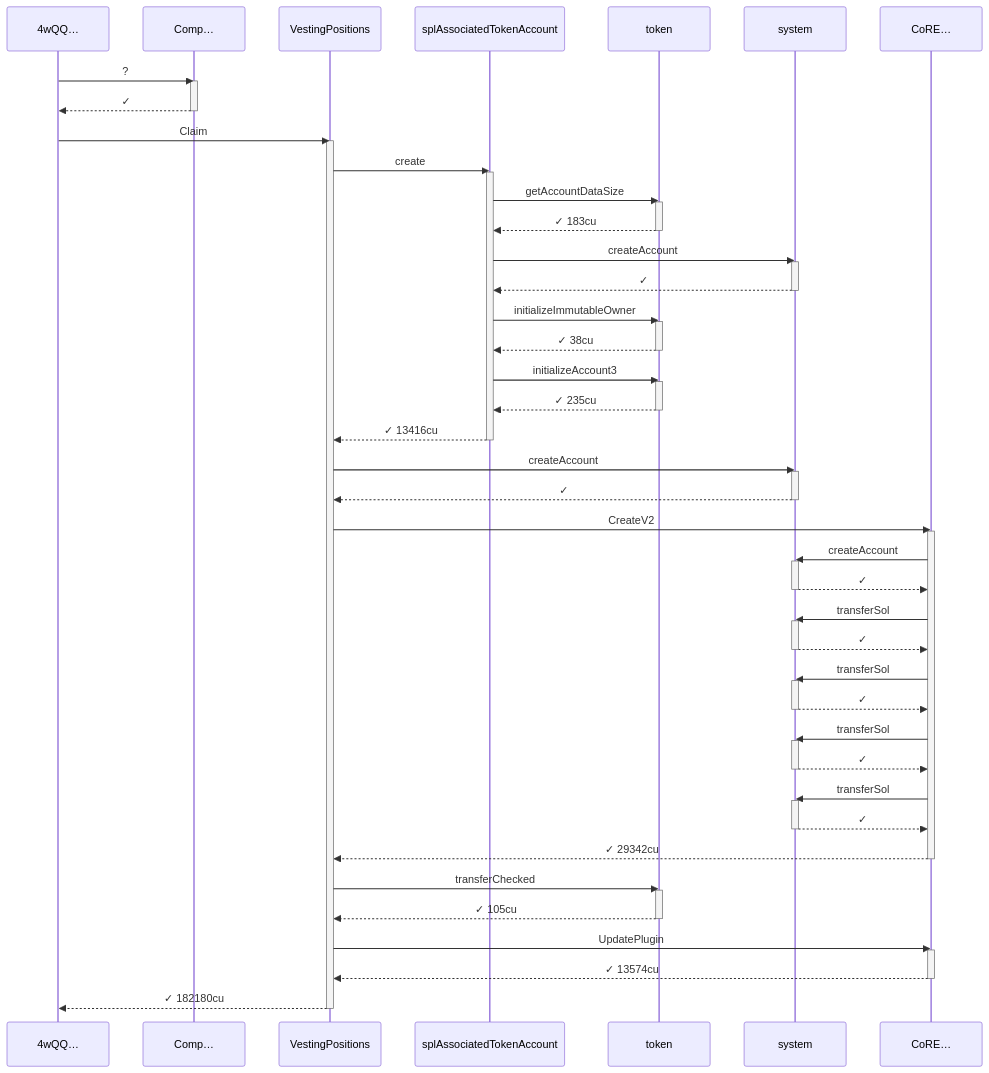
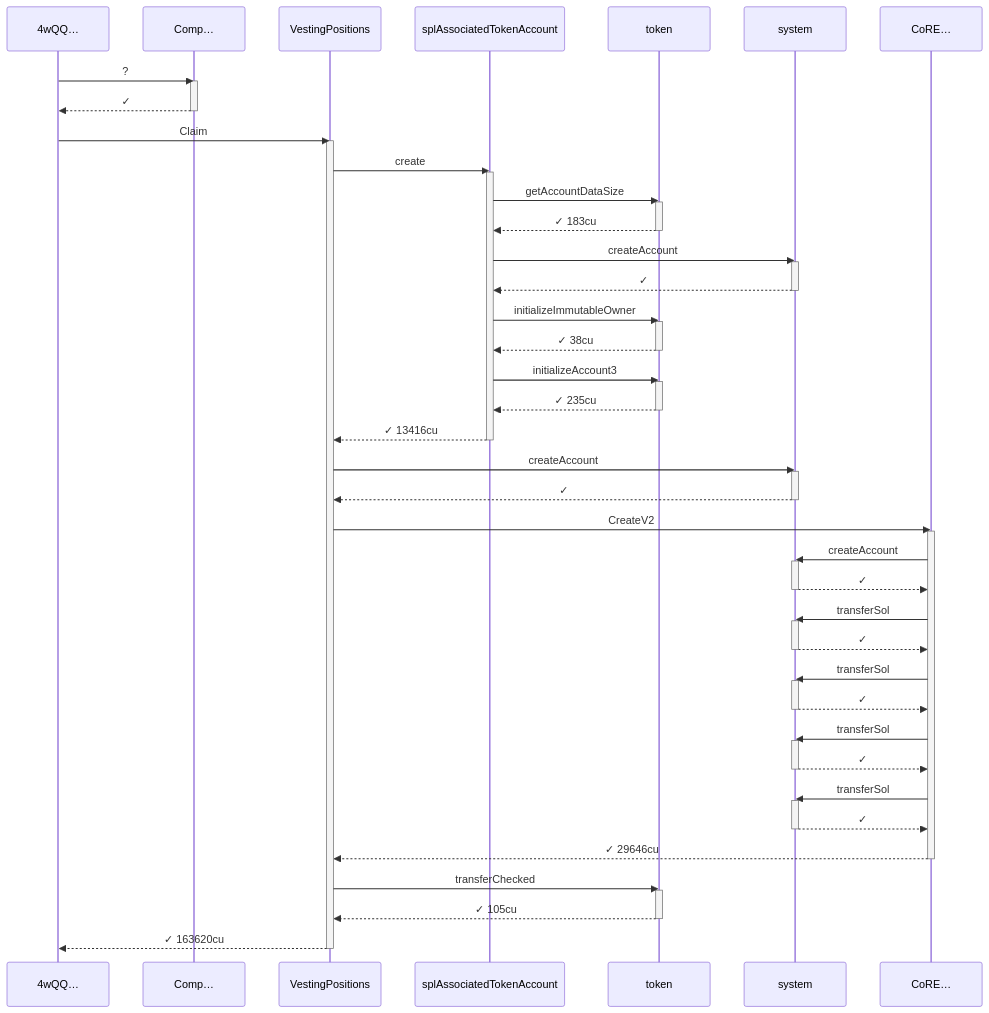
The first of 3 diagrams in babelfish-tests/test-report/mid_schedule_cliff_plus_linear.md (cds-turbin3/vesting-position), drawn with Mermaid before and after one commit. The commit also changed other lines of this file and 50 other files, not shown here.

````diff
--- a/babelfish-tests/test-report/mid_schedule_cliff_plus_linear.md
+++ b/babelfish-tests/test-report/mid_schedule_cliff_plus_linear.md
@@ -5,74 +5,70 @@
 ```mermaid
 sequenceDiagram
     participant p0 as 4wQQ…
     participant p1 as Comp…
     participant p2 as VestingPositions
     participant p3 as splAssociatedTokenAccount
     participant p4 as token
     participant p5 as system
     participant p6 as CoRE…
     p0->>p1: ?
     activate p1
     p1-->>p0: ✓
     deactivate p1
     p0->>p2: Claim
     activate p2
     p2->>p3: create
     activate p3
     p3->>p4: getAccountDataSize
     activate p4
     p4-->>p3: ✓ 183cu
     deactivate p4
     p3->>p5: createAccount
     activate p5
     p5-->>p3: ✓
     deactivate p5
     p3->>p4: initializeImmutableOwner
     activate p4
     p4-->>p3: ✓ 38cu
     deactivate p4
     p3->>p4: initializeAccount3
     activate p4
     p4-->>p3: ✓ 235cu
     deactivate p4
     p3-->>p2: ✓ 13416cu
     deactivate p3
     p2->>p5: createAccount
     activate p5
     p5-->>p2: ✓
     deactivate p5
     p2->>p6: CreateV2
     activate p6
     p6->>p5: createAccount
     activate p5
     p5-->>p6: ✓
     deactivate p5
     p6->>p5: transferSol
     activate p5
     p5-->>p6: ✓
     deactivate p5
     p6->>p5: transferSol
     activate p5
     p5-->>p6: ✓
     deactivate p5
     p6->>p5: transferSol
     activate p5
     p5-->>p6: ✓
     deactivate p5
     p6->>p5: transferSol
     activate p5
     p5-->>p6: ✓
     deactivate p5
-    p6-->>p2: ✓ 29342cu
+    p6-->>p2: ✓ 29646cu
     deactivate p6
     p2->>p4: transferChecked
     activate p4
     p4-->>p2: ✓ 105cu
     deactivate p4
-    p2->>p6: UpdatePlugin
-    activate p6
-    p6-->>p2: ✓ 13574cu
-    deactivate p6
-    p2-->>p0: ✓ 182180cu
+    p2-->>p0: ✓ 163620cu
     deactivate p2
 ```
````
